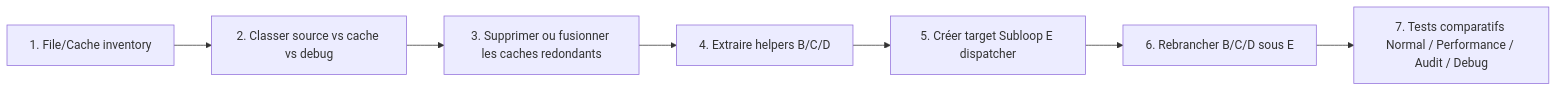
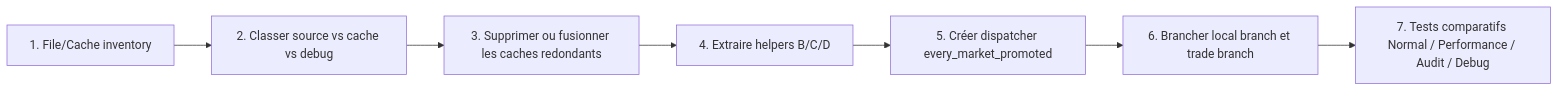
One commit to eu5mod/eu5-no-void-economy changed the fourth of 4 diagrams in docs/audits/pr126/Q5_flux_logique_global.md. Above: the diagram before and after it, drawn with Mermaid. The commit also changed other lines of this file, not shown here.

Commit message:
docs(audit): evaluate promoted market target flow

````diff
--- a/docs/audits/pr126/Q5_flux_logique_global.md
+++ b/docs/audits/pr126/Q5_flux_logique_global.md
@@ -154,9 +232,9 @@
 ```mermaid
 flowchart LR
     A[1. File/Cache inventory] --> B[2. Classer source vs cache vs debug]
     B --> C[3. Supprimer ou fusionner les caches redondants]
     C --> D[4. Extraire helpers B/C/D]
-    D --> E[5. Créer target Subloop E dispatcher]
-    E --> F[6. Rebrancher B/C/D sous E]
+    D --> E[5. Créer dispatcher every_market_promoted]
+    E --> F[6. Brancher local branch et trade branch]
     F --> G[7. Tests comparatifs Normal / Performance / Audit / Debug]
 ```
````
